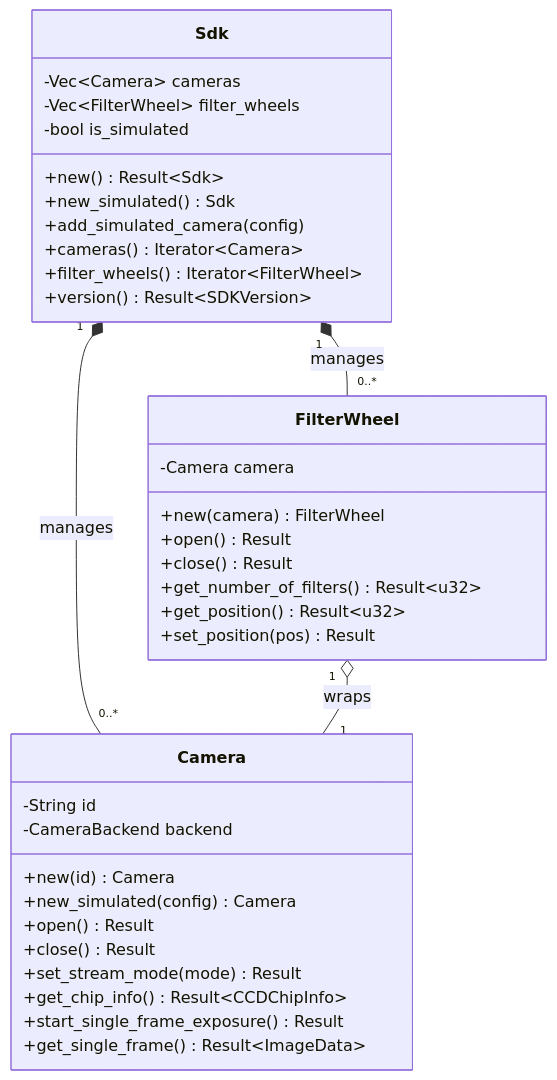
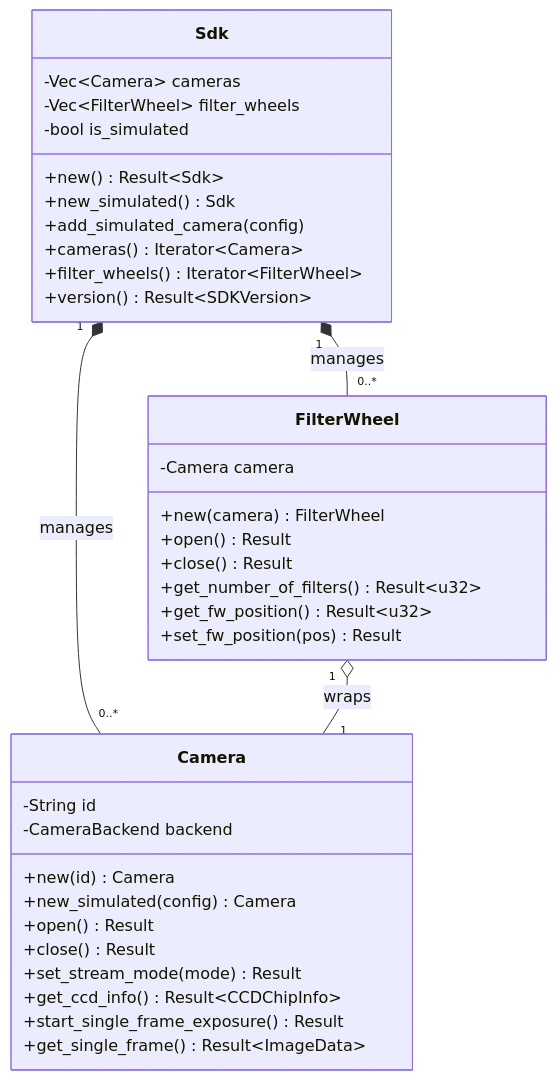
One commit to ivonnyssen/qhyccd-rs changed the third of 19 diagrams in docs/qhyccd-rs.md. Above: the diagram before and after it, drawn with Mermaid. The commit also changed other lines of this file and 3 other files, not shown here.

````diff
--- a/docs/qhyccd-rs.md
+++ b/docs/qhyccd-rs.md
@@ -94,41 +94,41 @@
 ```mermaid
 classDiagram
     class Sdk {
         -Vec~Camera~ cameras
         -Vec~FilterWheel~ filter_wheels
         -bool is_simulated
         +new() Result~Sdk~
         +new_simulated() Sdk
         +add_simulated_camera(config)
         +cameras() Iterator~Camera~
         +filter_wheels() Iterator~FilterWheel~
         +version() Result~SDKVersion~
     }
 
     class Camera {
         -String id
         -CameraBackend backend
         +new(id) Camera
         +new_simulated(config) Camera
         +open() Result
         +close() Result
         +set_stream_mode(mode) Result
-        +get_chip_info() Result~CCDChipInfo~
+        +get_ccd_info() Result~CCDChipInfo~
         +start_single_frame_exposure() Result
         +get_single_frame() Result~ImageData~
     }
 
     class FilterWheel {
         -Camera camera
         +new(camera) FilterWheel
         +open() Result
         +close() Result
         +get_number_of_filters() Result~u32~
-        +get_position() Result~u32~
-        +set_position(pos) Result
+        +get_fw_position() Result~u32~
+        +set_fw_position(pos) Result
     }
 
     Sdk "1" *-- "0..*" Camera : manages
     Sdk "1" *-- "0..*" FilterWheel : manages
     FilterWheel "1" o-- "1" Camera : wraps
 ```
````
